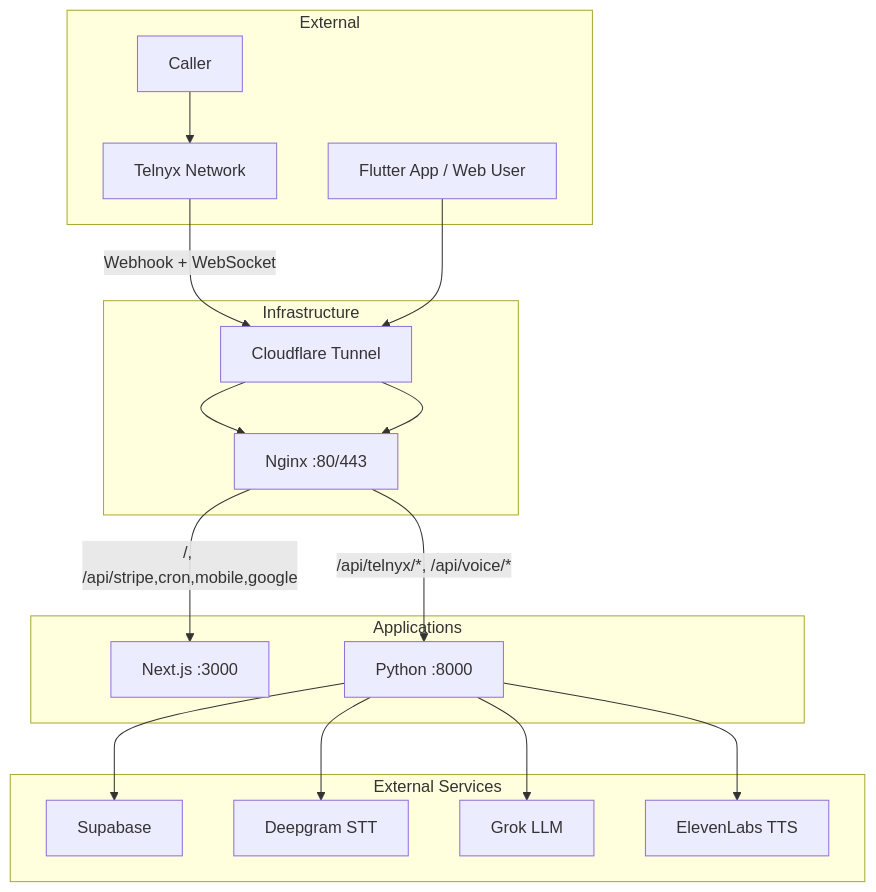
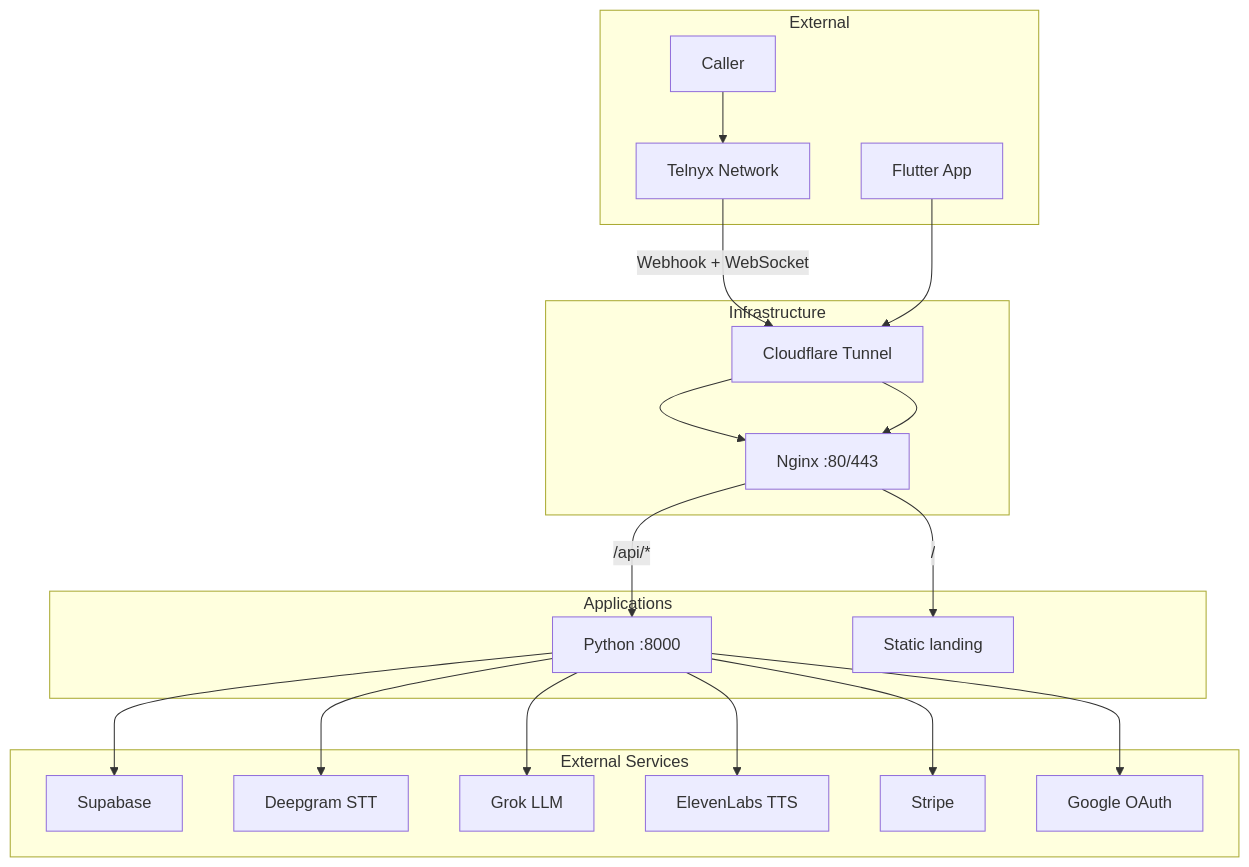
Before and after one commit to Plcherra/callbot: the diagram in docs/FULL_PROJECT_OVERVIEW.md, drawn with Mermaid. The commit also changed other lines of this file and 162 other files, not shown here.

````diff
--- a/docs/FULL_PROJECT_OVERVIEW.md
+++ b/docs/FULL_PROJECT_OVERVIEW.md
@@ -7,37 +7,41 @@
 ```mermaid
 flowchart TB
     subgraph external [External]
         Caller[Caller]
         Telnyx[Telnyx Network]
-        User[Flutter App / Web User]
+        User[Flutter App]
     end
 
     subgraph infra [Infrastructure]
         CF[Cloudflare Tunnel]
         Nginx[Nginx :80/443]
     end
 
     subgraph apps [Applications]
-        NextJS[Next.js :3000]
         Python[Python :8000]
+        Static[Static landing]
     end
 
     subgraph services [External Services]
         Supabase[Supabase]
         Deepgram[Deepgram STT]
         Grok[Grok LLM]
         ElevenLabs[ElevenLabs TTS]
+        Stripe[Stripe]
+        Google[Google OAuth]
     end
 
     Caller --> Telnyx
     Telnyx -->|Webhook + WebSocket| CF
     CF --> Nginx
     User --> CF
     CF --> Nginx
-    Nginx -->|/api/telnyx/*, /api/voice/*| Python
-    Nginx -->|/, /api/stripe,cron,mobile,google| NextJS
+    Nginx -->|/api/*| Python
+    Nginx -->|/| Static
     Python --> Supabase
     Python --> Deepgram
     Python --> Grok
     Python --> ElevenLabs
+    Python --> Stripe
+    Python --> Google
 ```
````
